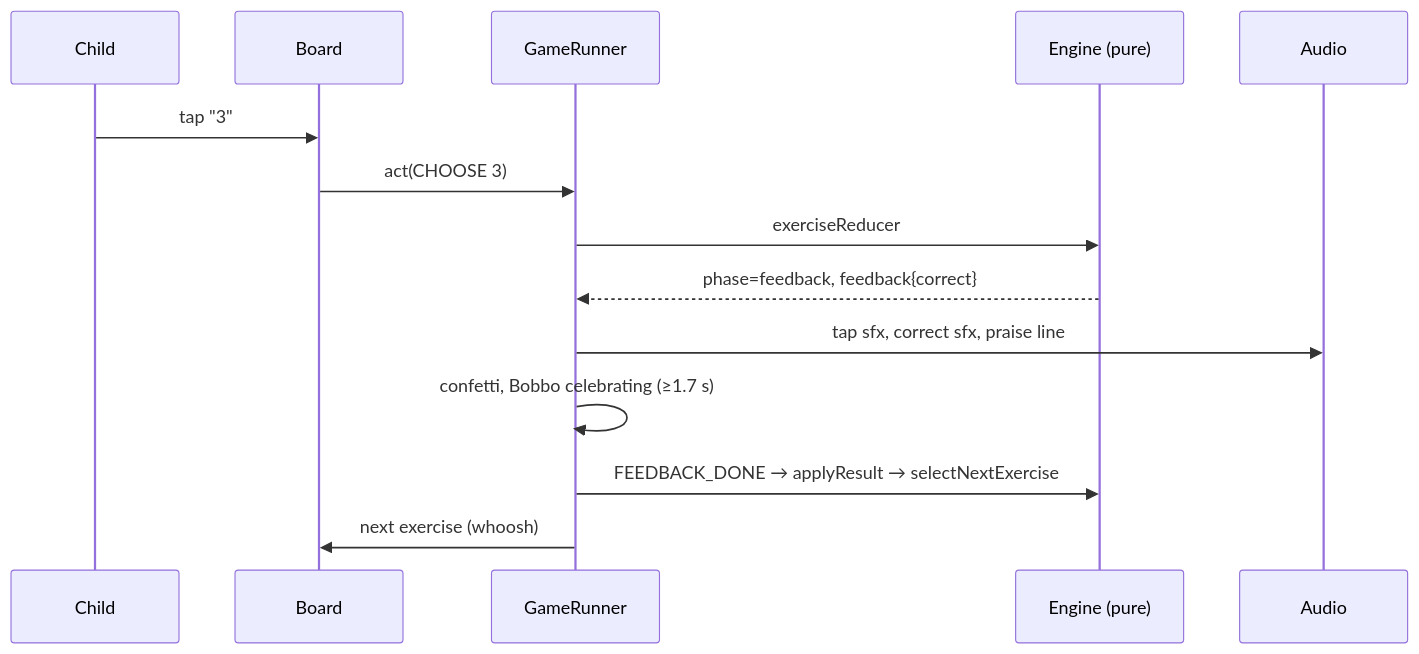
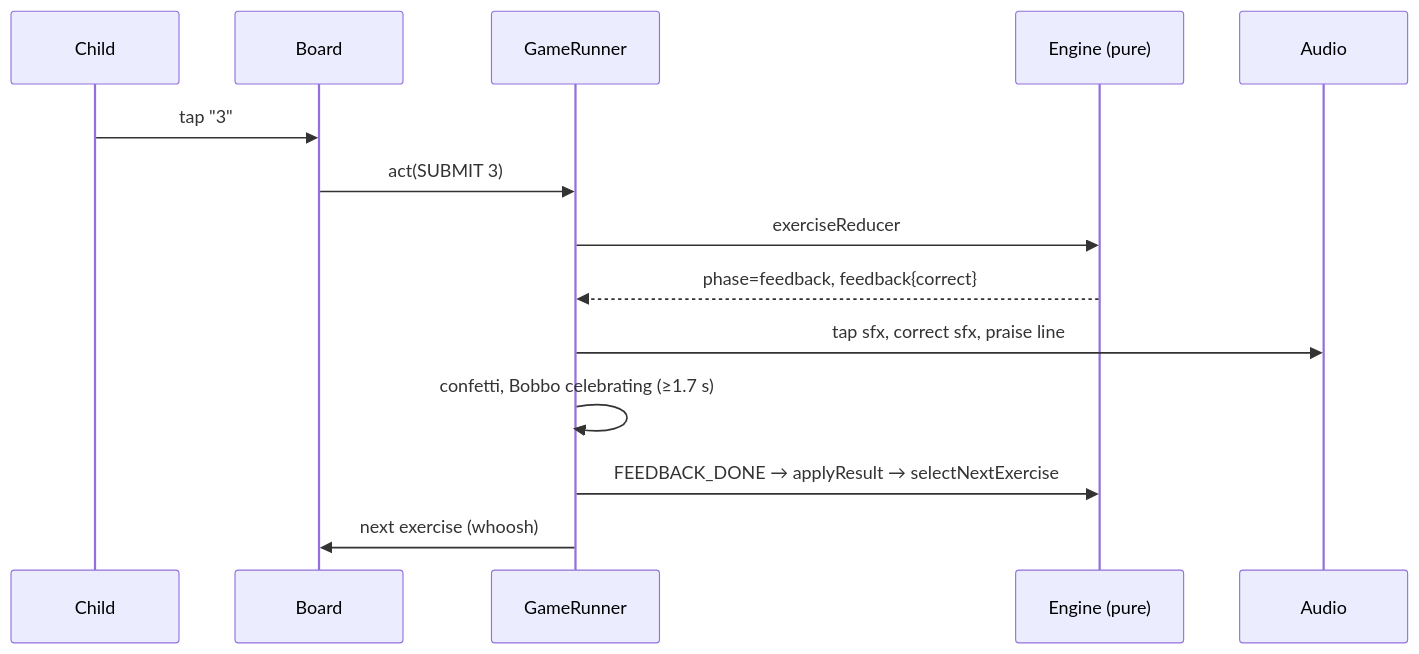
Before and after one commit to wissile/brainzippy: the second of 2 diagrams in docs/GAME_ENGINE.md, drawn with Mermaid. The commit also changed other lines of this file and 3 other files, not shown here.

````diff
--- a/docs/GAME_ENGINE.md
+++ b/docs/GAME_ENGINE.md
@@ -44,16 +60,16 @@
 ```mermaid
 sequenceDiagram
   participant C as Child
   participant B as Board
   participant R as GameRunner
   participant E as Engine (pure)
   participant A as Audio
   C->>B: tap "3"
-  B->>R: act(CHOOSE 3)
+  B->>R: act(SUBMIT 3)
   R->>E: exerciseReducer
   E-->>R: phase=feedback, feedback{correct}
   R->>A: tap sfx, correct sfx, praise line
   R->>R: confetti, Bobbo celebrating (≥1.7 s)
   R->>E: FEEDBACK_DONE → applyResult → selectNextExercise
   R->>B: next exercise (whoosh)
 ```
````
